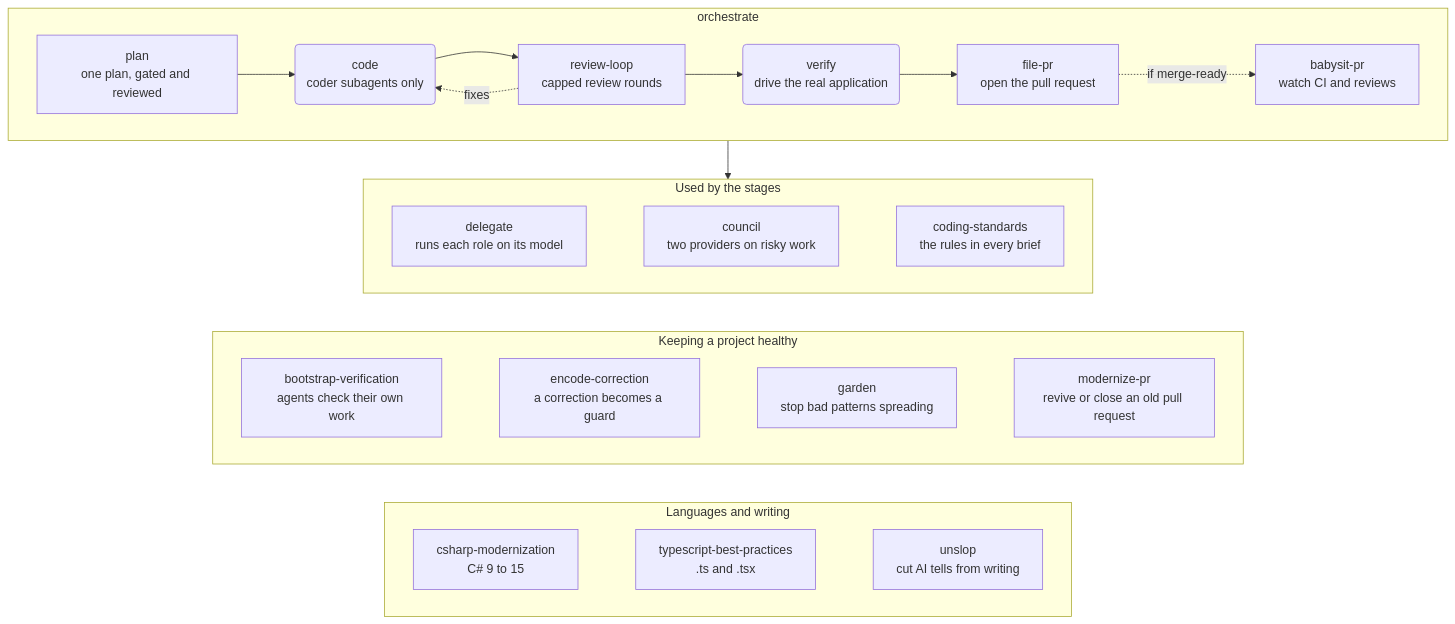
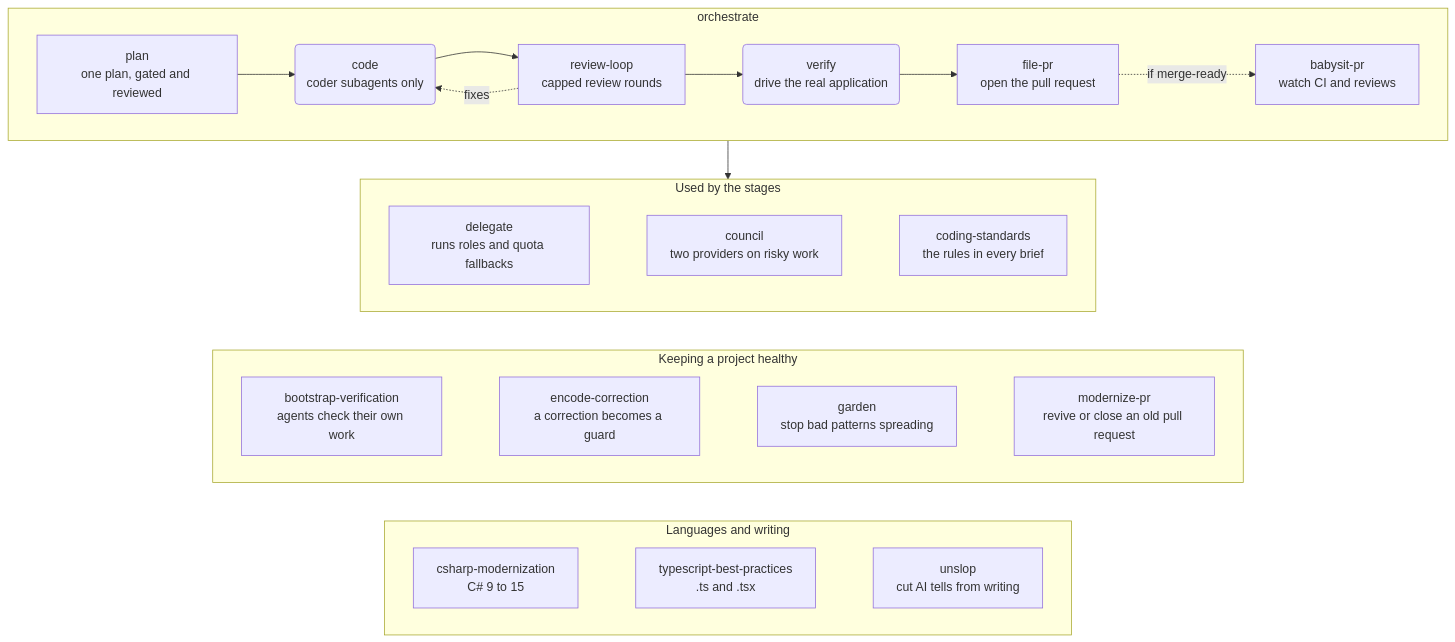
The diagram in README.md (fredimachado/skills), drawn with Mermaid before and after one commit. The commit also changed other lines of this file and 21 other files, not shown here.

````diff
--- a/README.md
+++ b/README.md
@@ -9,41 +9,41 @@
 ```mermaid
 flowchart TB
     %% A skill is a square box whose label starts with the skill's name; a step that is
     %% no skill is a rounded box. tests/skill-text.ps1 checks that every skill has a box.
     subgraph orchestrate["orchestrate"]
         direction LR
         plan["plan<br>one plan, gated and reviewed"]
         code("code<br>coder subagents only")
         review["review-loop<br>capped review rounds"]
         verify("verify<br>drive the real application")
         filepr["file-pr<br>open the pull request"]
         babysit["babysit-pr<br>watch CI and reviews"]
         plan --> code --> review --> verify --> filepr
         review -. fixes .-> code
         filepr -. if merge-ready .-> babysit
     end
     subgraph helpers["Used by the stages"]
         direction LR
-        delegate["delegate<br>runs each role on its model"]
+        delegate["delegate<br>runs roles and quota fallbacks"]
         council["council<br>two providers on risky work"]
         standards["coding-standards<br>the rules in every brief"]
         delegate ~~~ council ~~~ standards
     end
     subgraph upkeep["Keeping a project healthy"]
         direction LR
         verification["bootstrap-verification<br>agents check their own work"]
         correction["encode-correction<br>a correction becomes a guard"]
         garden["garden<br>stop bad patterns spreading"]
         modernize["modernize-pr<br>revive or close an old pull request"]
         verification ~~~ correction ~~~ garden ~~~ modernize
     end
     subgraph writing["Languages and writing"]
         direction LR
         csharp["csharp-modernization<br>C# 9 to 15"]
         typescript["typescript-best-practices<br>.ts and .tsx"]
         unslop["unslop<br>cut AI tells from writing"]
         csharp ~~~ typescript ~~~ unslop
     end
     orchestrate --> helpers
     helpers ~~~ upkeep ~~~ writing
 ```
````
